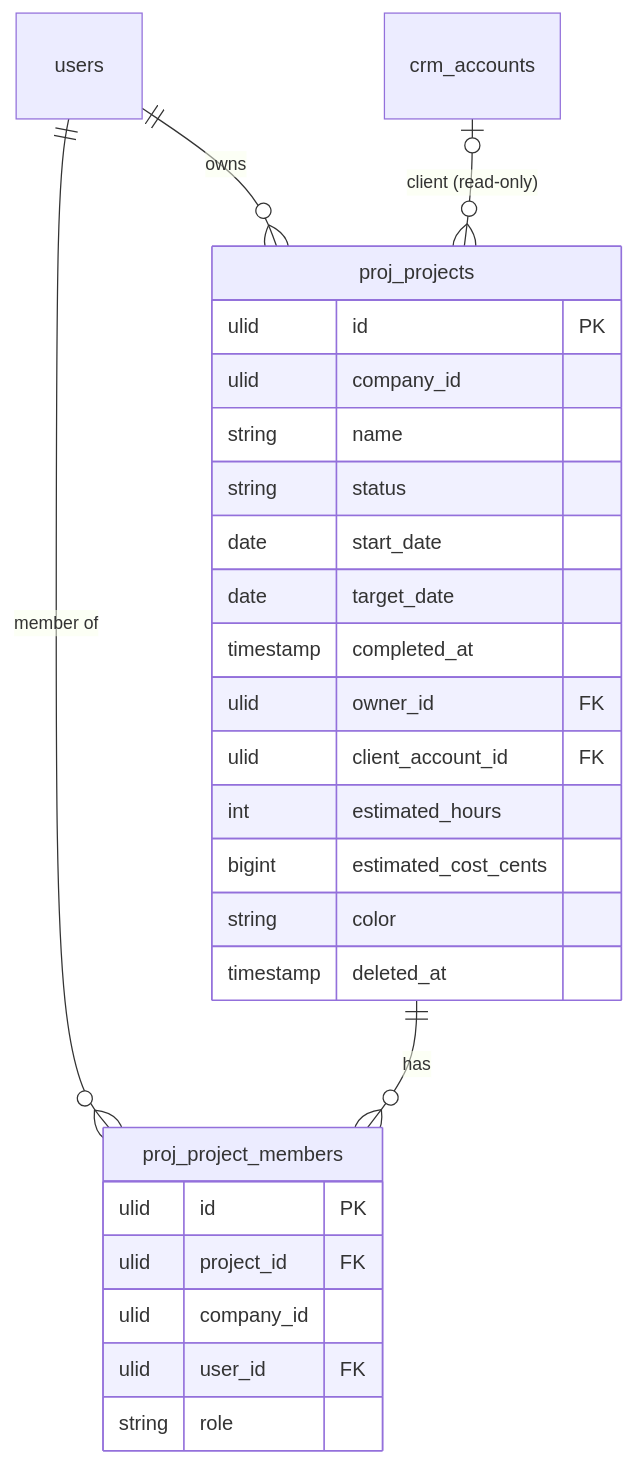
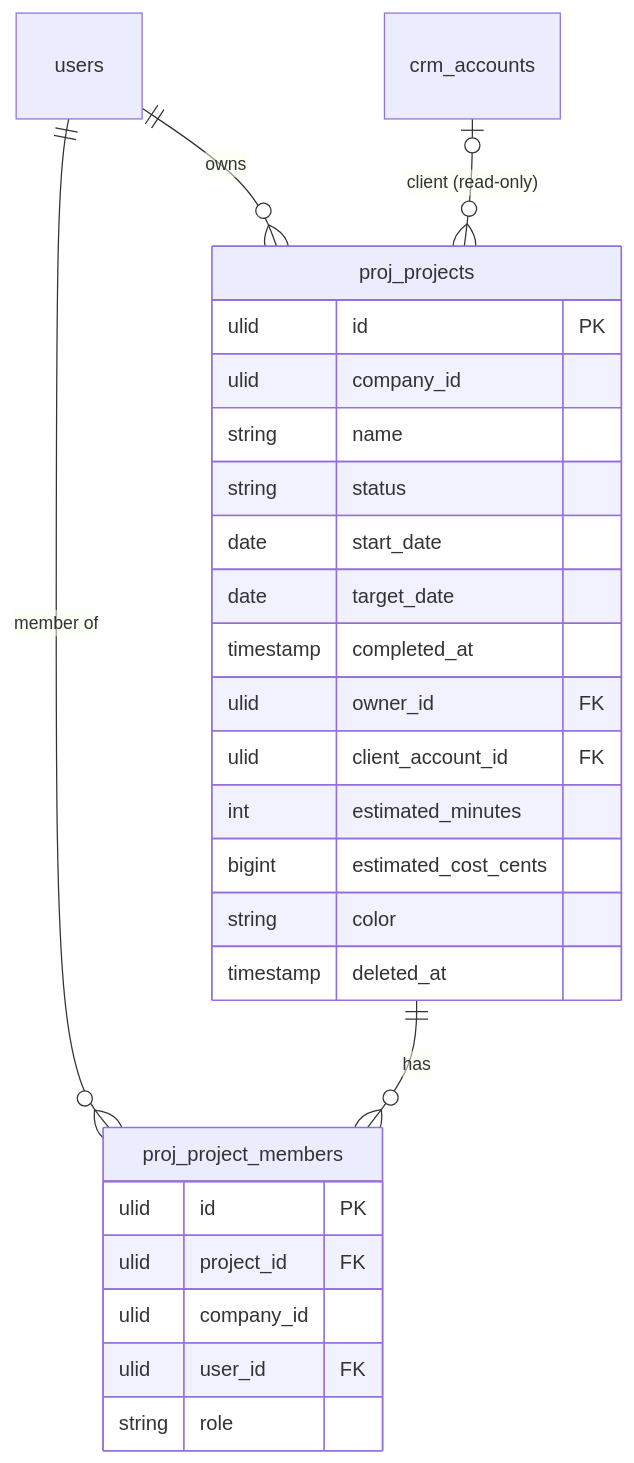
The diagram in vault/domains/projects/projects/data-model.md (Max-Nijenkamp/FlowFlex), drawn with Mermaid before and after one commit. The commit also changed other lines of this file and 44 other files, not shown here.

````diff
--- a/vault/domains/projects/projects/data-model.md
+++ b/vault/domains/projects/projects/data-model.md
@@ -41,30 +41,30 @@
 ```mermaid
 erDiagram
     proj_projects ||--o{ proj_project_members : has
     users ||--o{ proj_project_members : "member of"
     users ||--o{ proj_projects : owns
     crm_accounts |o--o{ proj_projects : "client (read-only)"
 
     proj_projects {
         ulid id PK
         ulid company_id
         string name
         string status
         date start_date
         date target_date
         timestamp completed_at
         ulid owner_id FK
         ulid client_account_id FK
-        int estimated_hours
+        int estimated_minutes
         bigint estimated_cost_cents
         string color
         timestamp deleted_at
     }
     proj_project_members {
         ulid id PK
         ulid project_id FK
         ulid company_id
         ulid user_id FK
         string role
     }
 ```
````
